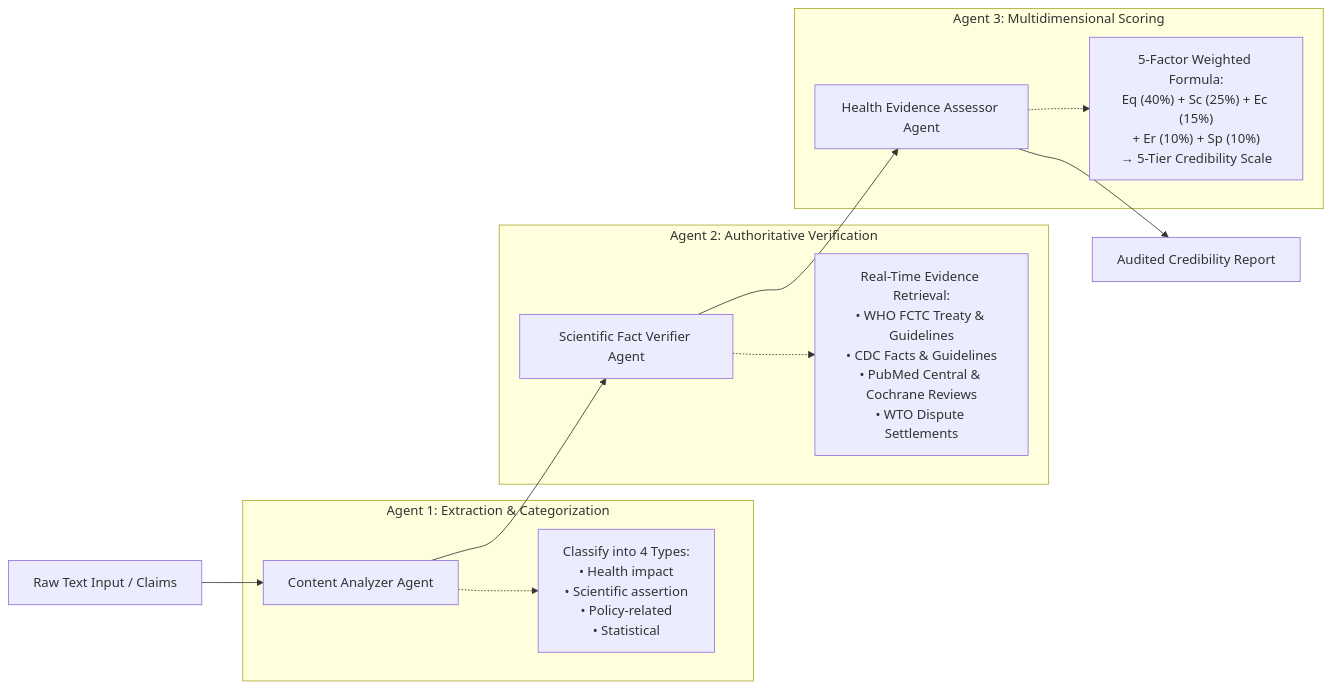
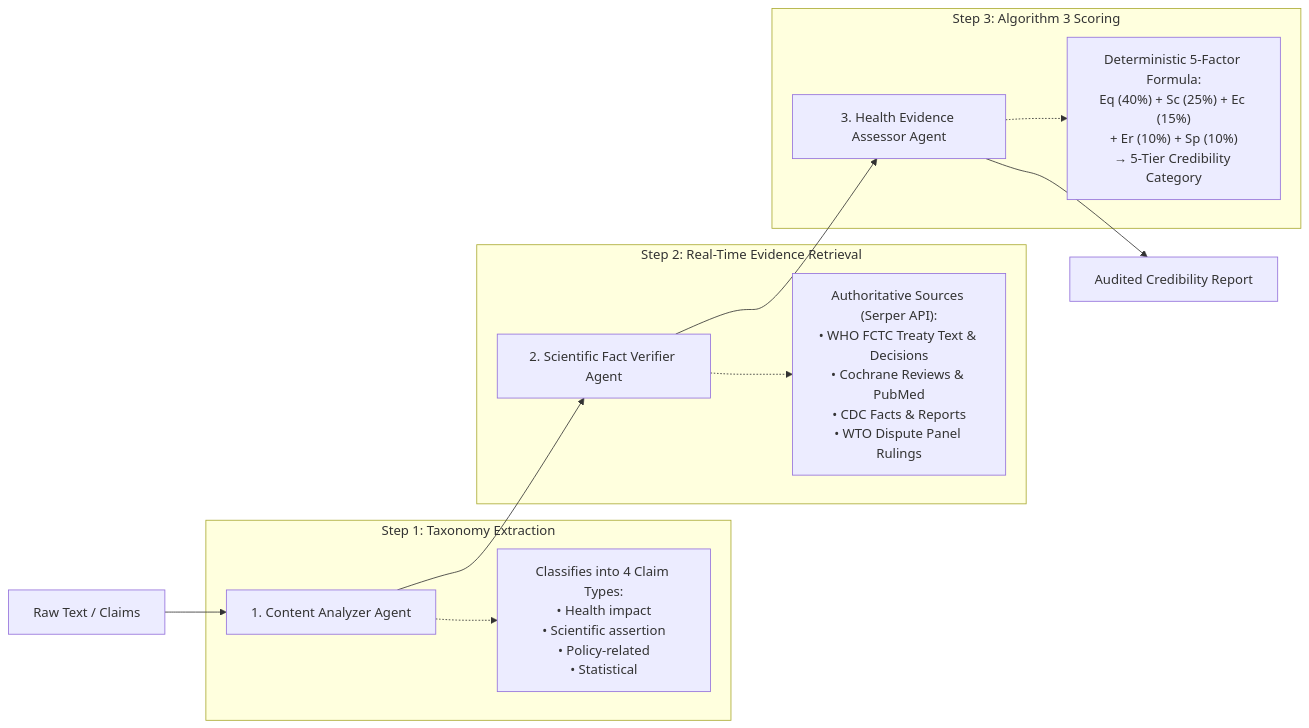
Before and after one commit to sherifelmitwalli/misinformation-app: the diagram in README.md, drawn with Mermaid. The commit also changed other lines of this file, not shown here.

````diff
--- a/README.md
+++ b/README.md
@@ -34,19 +38,19 @@
 ```mermaid
 flowchart LR
-    A["Raw Text Input / Claims"] --> B["Content Analyzer Agent"]
-    B --> C["Scientific Fact Verifier Agent"]
-    C --> D["Health Evidence Assessor Agent"]
+    A["Raw Text / Claims"] --> B["1. Content Analyzer Agent"]
+    B --> C["2. Scientific Fact Verifier Agent"]
+    C --> D["3. Health Evidence Assessor Agent"]
     D --> E["Audited Credibility Report"]
 
-    subgraph "Agent 1: Extraction & Categorization"
-        B -.-> B1["Classify into 4 Types:\n• Health impact\n• Scientific assertion\n• Policy-related\n• Statistical"]
+    subgraph Step1 ["Step 1: Taxonomy Extraction"]
+        B -.-> B1["Classifies into 4 Claim Types:\n• Health impact\n• Scientific assertion\n• Policy-related\n• Statistical"]
     end
 
-    subgraph "Agent 2: Authoritative Verification"
-        C -.-> C1["Real-Time Evidence Retrieval:\n• WHO FCTC Treaty & Guidelines\n• CDC Facts & Guidelines\n• PubMed Central & Cochrane Reviews\n• WTO Dispute Settlements"]
+    subgraph Step2 ["Step 2: Real-Time Evidence Retrieval"]
+        C -.-> C1["Authoritative Sources (Serper API):\n• WHO FCTC Treaty Text & Decisions\n• Cochrane Reviews & PubMed\n• CDC Facts & Reports\n• WTO Dispute Panel Rulings"]
     end
 
-    subgraph "Agent 3: Multidimensional Scoring"
-        D -.-> D1["5-Factor Weighted Formula:\nEq (40%) + Sc (25%) + Ec (15%)\n+ Er (10%) + Sp (10%)\n→ 5-Tier Credibility Scale"]
+    subgraph Step3 ["Step 3: Algorithm 3 Scoring"]
+        D -.-> D1["Deterministic 5-Factor Formula:\nEq (40%) + Sc (25%) + Ec (15%)\n+ Er (10%) + Sp (10%)\n→ 5-Tier Credibility Category"]
     end
 ```
````
